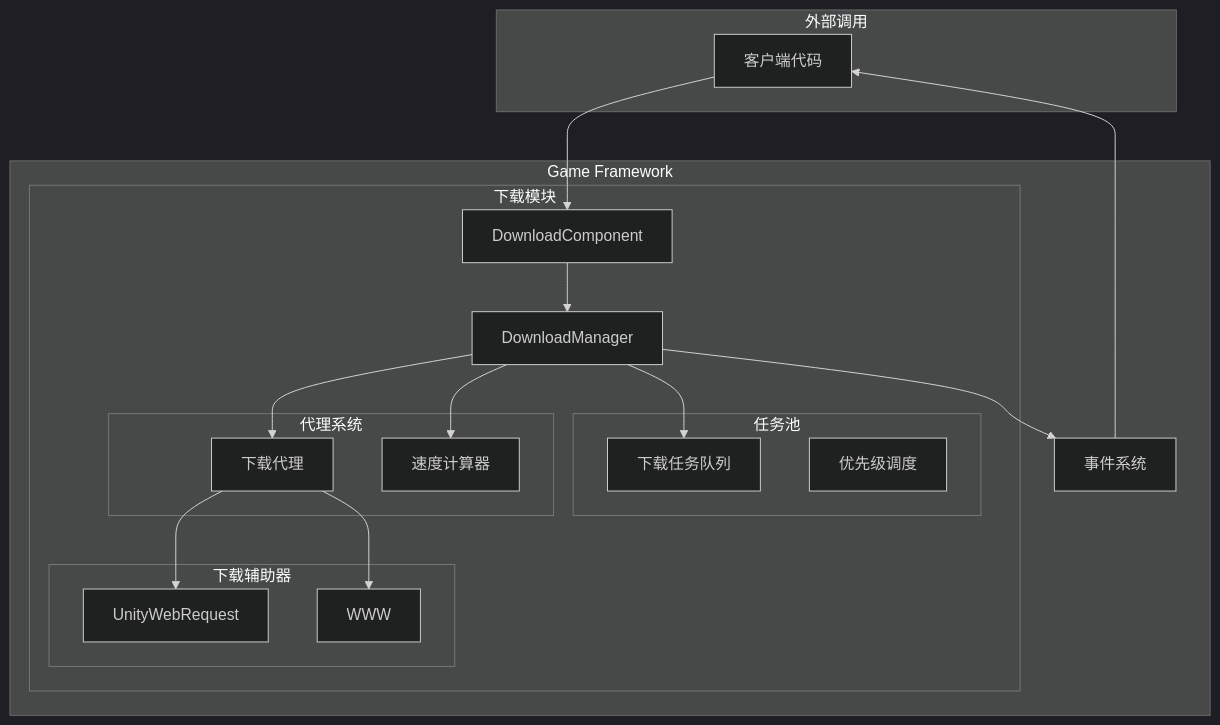
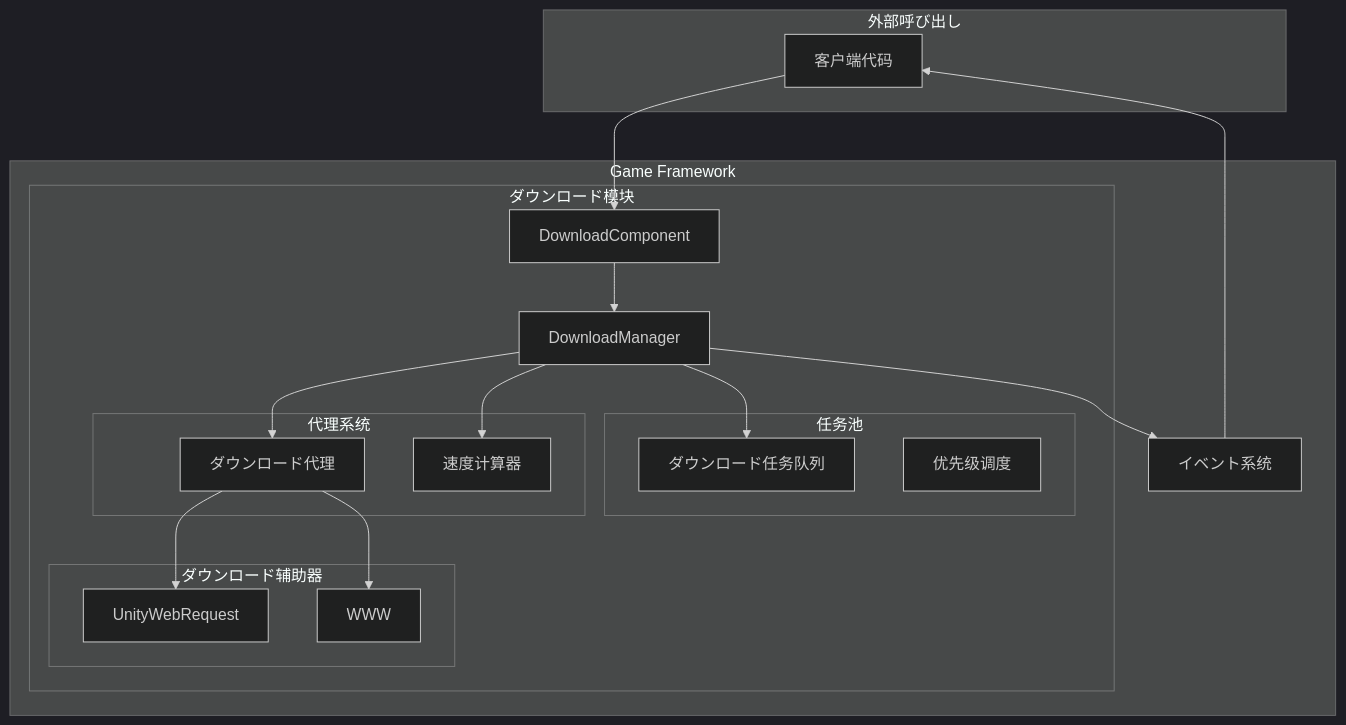
One commit to AlianBlank/GameFrameX.Docs changed the third of 3 diagrams in docs/ja/client/unity/component/download/04.features.md. Above: the diagram before and after it, drawn with Mermaid (dark theme). The commit also changed other lines of this file and 603 other files, not shown here.

````diff
--- a/docs/ja/client/unity/component/download/04.features.md
+++ b/docs/ja/client/unity/component/download/04.features.md
@@ -250,40 +250,40 @@
 ```mermaid
 flowchart TB
-    subgraph External["外部调用"]
+    subgraph External["外部呼び出し"]
         Client[客户端代码]
     end
 
     subgraph GameFramework["Game Framework"]
-        subgraph DownloadModule["下载模块"]
+        subgraph DownloadModule["ダウンロード模块"]
             DC[DownloadComponent]
             DM[DownloadManager]
             
             subgraph TaskPool["任务池"]
-                Tasks[下载任务队列]
+                Tasks[ダウンロード任务队列]
                 Priority[优先级调度]
             end
             
             subgraph AgentSystem["代理系统"]
-                Agents[下载代理]
+                Agents[ダウンロード代理]
                 Counter[速度计算器]
             end
             
-            subgraph Helper["下载辅助器"]
+            subgraph Helper["ダウンロード辅助器"]
                 UWRequest[UnityWebRequest]
                 WWW[WWW]
             end
         end
         
-        Events[事件系统]
+        Events[イベント系统]
     end
 
     Client --> DC
     DC --> DM
     DM --> Tasks
     DM --> Agents
     DM --> Counter
     Agents --> UWRequest
     Agents --> WWW
     DM --> Events
     Events --> Client
 ```
````
